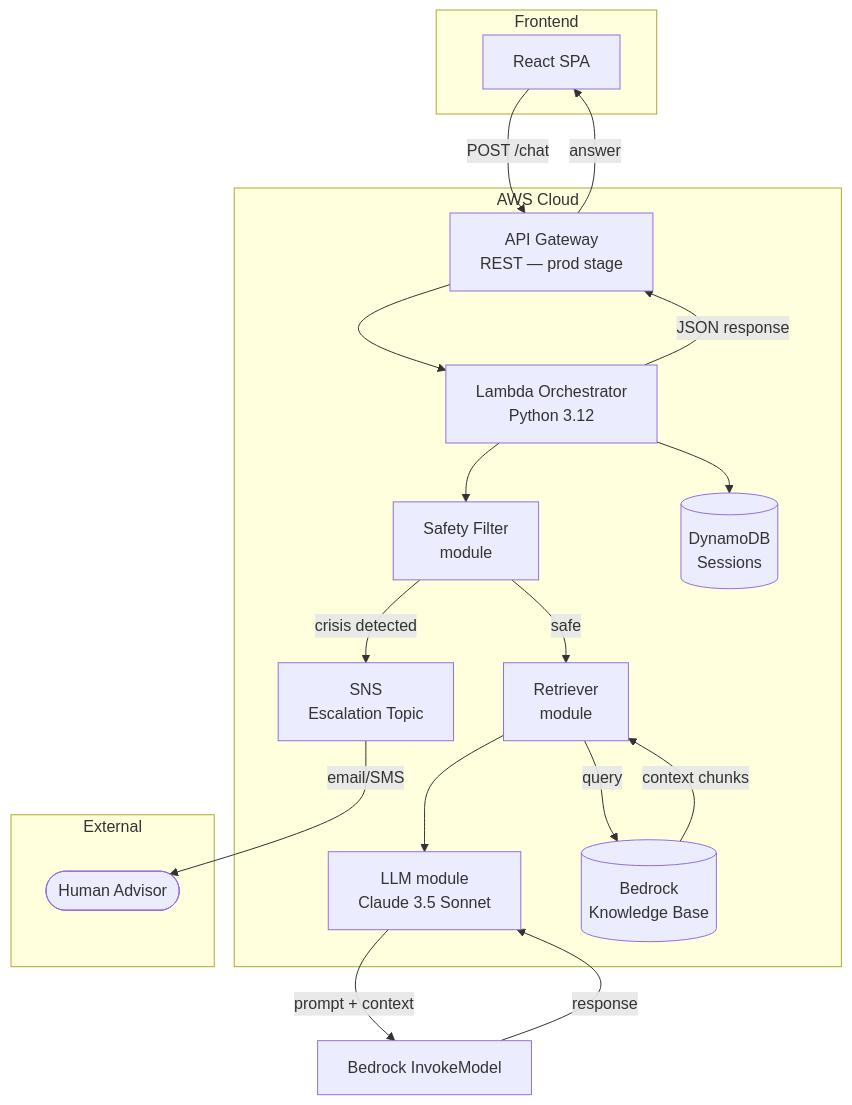
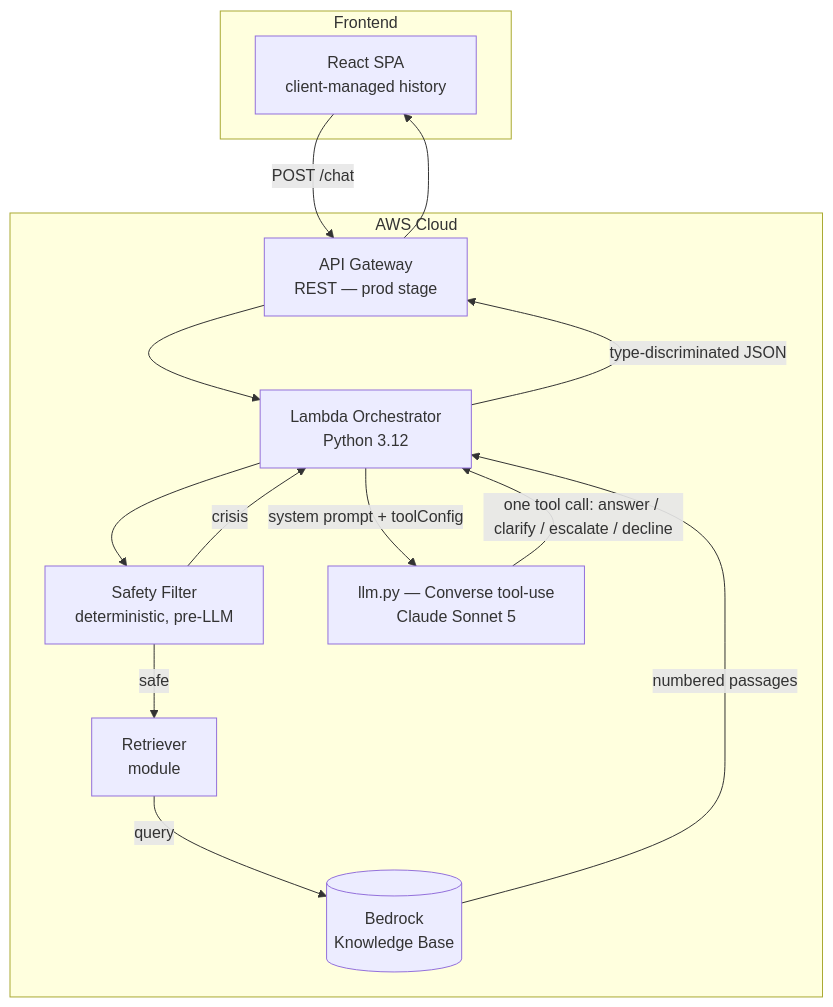
One commit to asherdrake/CSUCI-StudentSuccessNavigator changed the diagram in docs/architecture.md. Above: the diagram before and after it, drawn with Mermaid. The commit also changed other lines of this file and 18 other files, not shown here.

````diff
--- a/docs/architecture.md
+++ b/docs/architecture.md
@@ -11,36 +17,27 @@
 ```mermaid
 flowchart TD
     subgraph Frontend
-        React[React SPA]
+        React[React SPA<br/>client-managed history]
     end
 
     subgraph AWS Cloud
         APIGW[API Gateway<br/>REST — prod stage]
         Lambda[Lambda Orchestrator<br/>Python 3.12]
-        Safety[Safety Filter<br/>module]
+        Safety[Safety Filter<br/>deterministic, pre-LLM]
         Retriever[Retriever<br/>module]
-        LLM[LLM module<br/>Claude 3.5 Sonnet]
         KB[(Bedrock<br/>Knowledge Base)]
-        DDB[(DynamoDB<br/>Sessions)]
-        SNS[SNS<br/>Escalation Topic]
-    end
-
-    subgraph External
-        Advisor([Human Advisor])
+        LLM[llm.py — Converse tool-use<br/>Claude Sonnet 5]
     end
 
     React -->|POST /chat| APIGW
     APIGW --> Lambda
     Lambda --> Safety
-    Safety -->|crisis detected| SNS
-    SNS -->|email/SMS| Advisor
+    Safety -->|crisis| Lambda
     Safety -->|safe| Retriever
     Retriever -->|query| KB
-    KB -->|context chunks| Retriever
-    Retriever --> LLM
-    LLM -->|prompt + context| Claude[Bedrock InvokeModel]
-    Claude -->|response| LLM
-    Lambda --> DDB
-    Lambda -->|JSON response| APIGW
-    APIGW -->|answer| React
+    KB -->|numbered passages| Lambda
+    Lambda -->|system prompt + toolConfig| LLM
+    LLM -->|"one tool call: answer / clarify / escalate / decline"| Lambda
+    Lambda -->|type-discriminated JSON| APIGW
+    APIGW --> React
 ```
````
